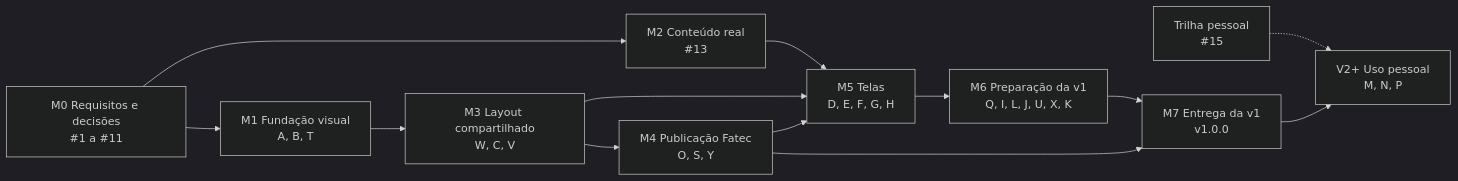
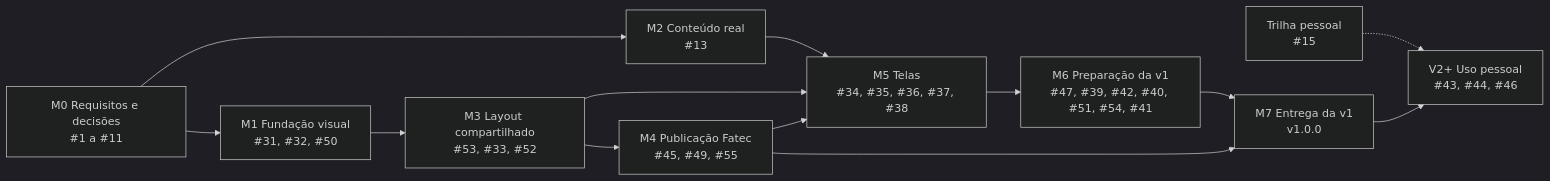
Before and after one commit to felipe-sant/portfolio-frontend: the diagram in docs/product/roadmap.md, drawn with Mermaid (dark theme). The commit also changed other lines of this file and 11 other files, not shown here.

````diff
--- a/docs/product/roadmap.md
+++ b/docs/product/roadmap.md
@@ -52,15 +52,15 @@
 ```mermaid
 flowchart LR
-    M0["M0 Requisitos e decisões<br/>#1 a #11"] --> M1["M1 Fundação visual<br/>A, B, T"]
+    M0["M0 Requisitos e decisões<br/>#1 a #11"] --> M1["M1 Fundação visual<br/>#31, #32, #50"]
     M0 --> M2["M2 Conteúdo real<br/>#13"]
-    M1 --> M3["M3 Layout compartilhado<br/>W, C, V"]
-    M3 --> M4["M4 Publicação Fatec<br/>O, S, Y"]
-    M2 --> M5["M5 Telas<br/>D, E, F, G, H"]
+    M1 --> M3["M3 Layout compartilhado<br/>#53, #33, #52"]
+    M3 --> M4["M4 Publicação Fatec<br/>#45, #49, #55"]
+    M2 --> M5["M5 Telas<br/>#34, #35, #36, #37, #38"]
     M3 --> M5
     M4 --> M5
-    M5 --> M6["M6 Preparação da v1<br/>Q, I, L, J, U, X, K"]
+    M5 --> M6["M6 Preparação da v1<br/>#47, #39, #42, #40, #51, #54, #41"]
     M6 --> M7["M7 Entrega da v1<br/>v1.0.0"]
     M4 --> M7
-    TP["Trilha pessoal<br/>#15"] -.-> V2["V2+ Uso pessoal<br/>M, N, P"]
+    TP["Trilha pessoal<br/>#15"] -.-> V2["V2+ Uso pessoal<br/>#43, #44, #46"]
     M7 --> V2
 ```
````
